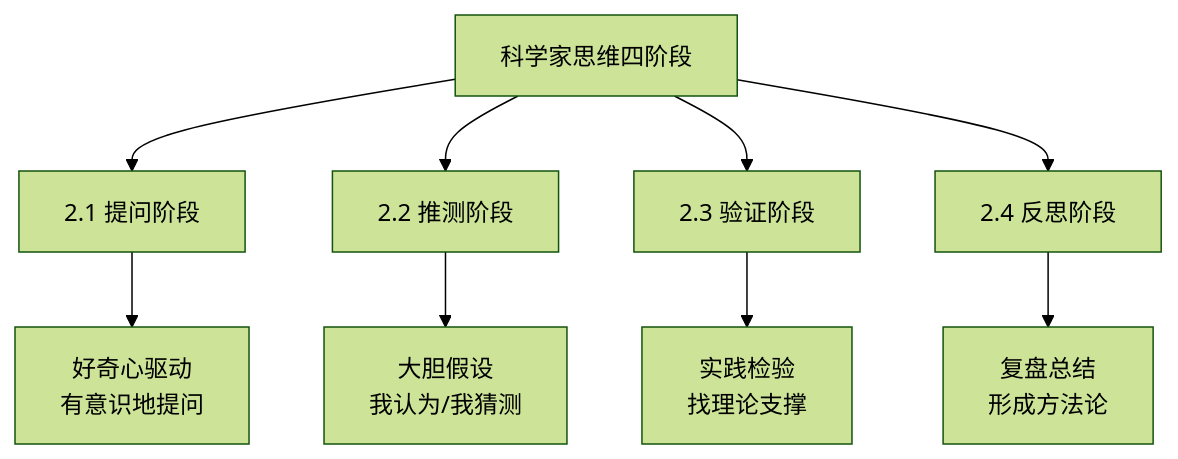
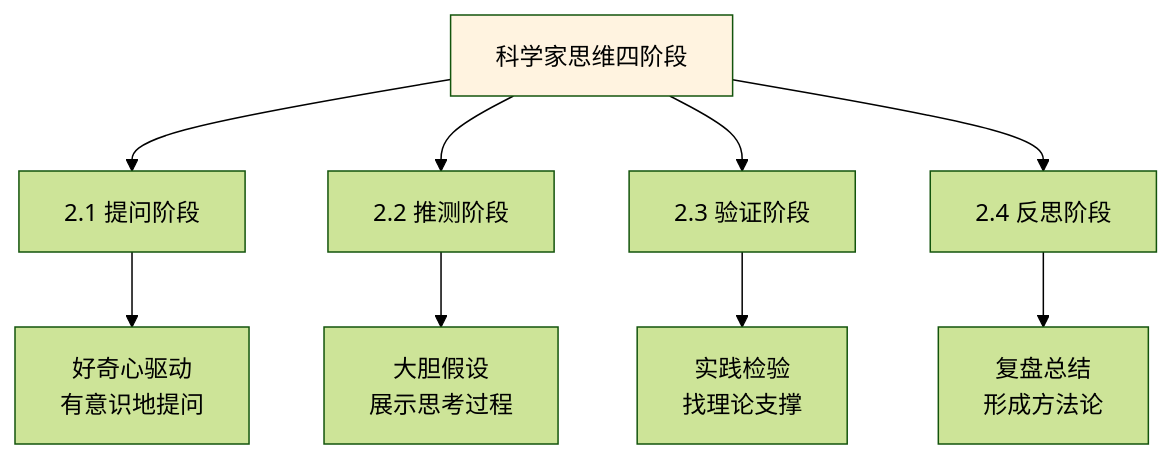
Before and after one commit to chongyang211/YCBookBlog: the second of 9 diagrams in 10.自我进阶提升书/07.底层思维的训练/7.5质疑精神的分析.md, drawn with Mermaid (forest theme). The commit also changed other lines of this file and 6 other files, not shown here.

````diff
--- a/10.自我进阶提升书/07.底层思维的训练/7.5质疑精神的分析.md
+++ b/10.自我进阶提升书/07.底层思维的训练/7.5质疑精神的分析.md
@@ -36,11 +49,12 @@
 ```mermaid
 graph TD
     A[科学家思维四阶段] --> B[2.1 提问阶段]
     A --> C[2.2 推测阶段]
     A --> D[2.3 验证阶段]
     A --> E[2.4 反思阶段]
     B --> B1[好奇心驱动<br>有意识地提问]
-    C --> C1[大胆假设<br>我认为/我猜测]
+    C --> C1[大胆假设<br>展示思考过程]
     D --> D1[实践检验<br>找理论支撑]
     E --> E1[复盘总结<br>形成方法论]
+    style A fill:#fff3e0
 ```
````
